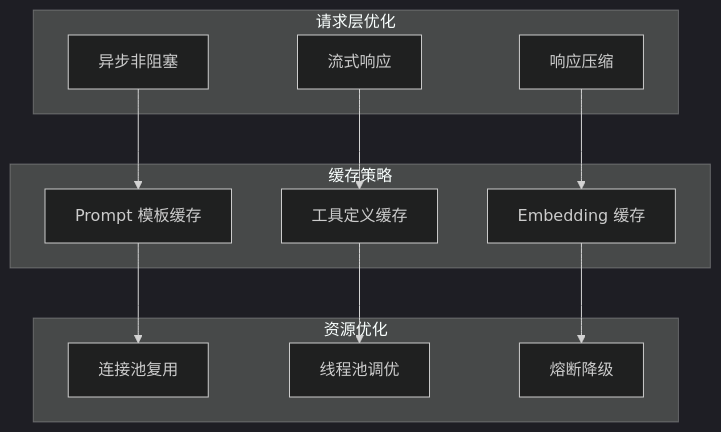
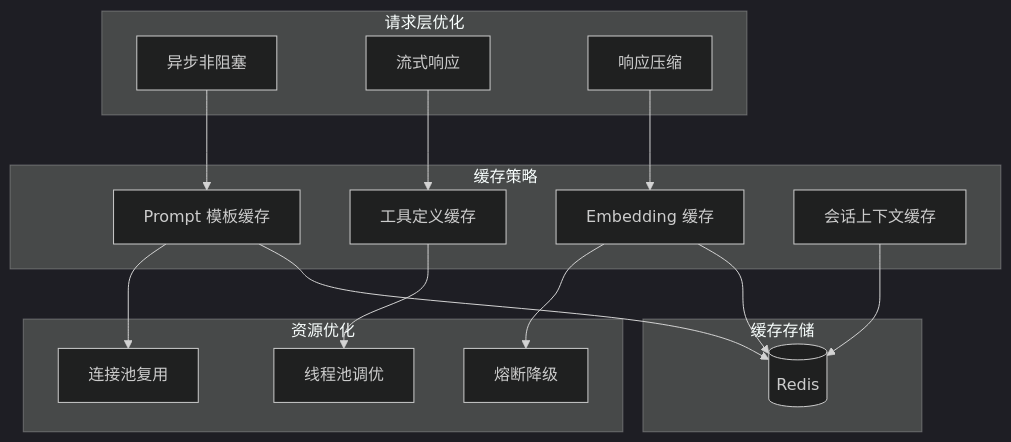
One commit to hanwei808/ai-product-production-guide changed diagram 22 of 28 in 开发计划/服务设计/03-ai-core-service-design.md. Above: the diagram before and after it, drawn with Mermaid (dark theme). The commit also changed other lines of this file and 3 other files, not shown here.

````diff
--- a/开发计划/服务设计/03-ai-core-service-design.md
+++ b/开发计划/服务设计/03-ai-core-service-design.md
@@ -892,28 +892,36 @@
 ```mermaid
 graph TD
     subgraph 请求层优化
         Async[异步非阻塞]
         Streaming[流式响应]
         Compress[响应压缩]
     end
 
     subgraph 缓存策略
         PromptCache[Prompt 模板缓存]
         ToolCache[工具定义缓存]
         EmbeddingCache[Embedding 缓存]
+        SessionCache[会话上下文缓存]
+    end
+
+    subgraph 缓存存储
+        Redis[(Redis)]
     end
 
     subgraph 资源优化
         ConnectionPool[连接池复用]
         ThreadPool[线程池调优]
         CircuitBreaker[熔断降级]
     end
 
     Async --> PromptCache
     Streaming --> ToolCache
     Compress --> EmbeddingCache
 
     PromptCache --> ConnectionPool
     ToolCache --> ThreadPool
     EmbeddingCache --> CircuitBreaker
+    SessionCache --> Redis
+    PromptCache --> Redis
+    EmbeddingCache --> Redis
 ```
````
